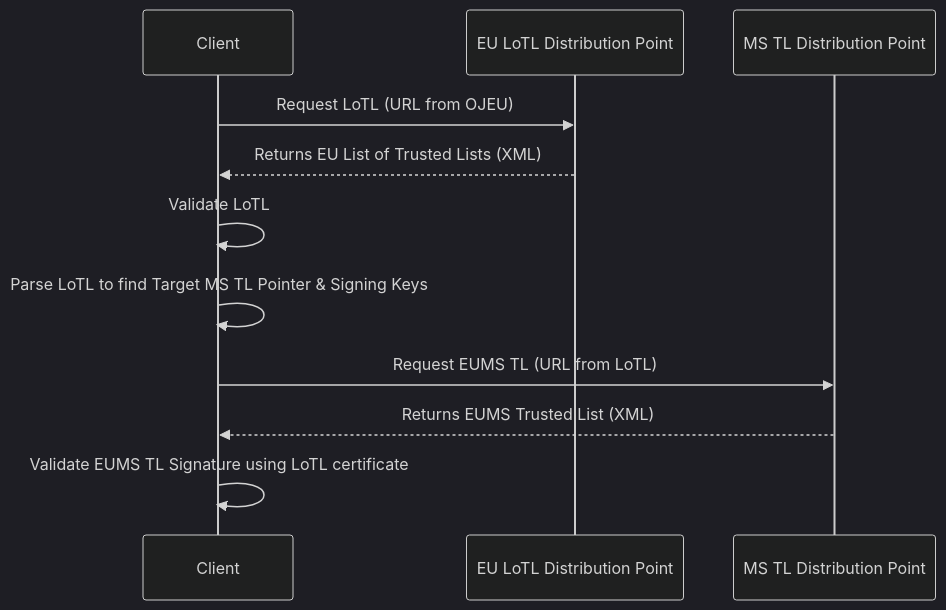
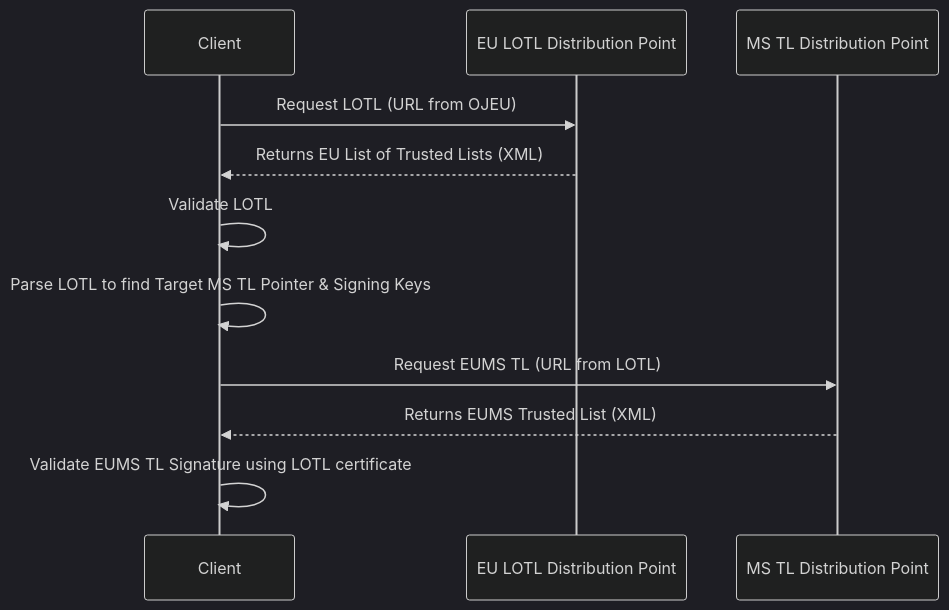
One commit to APTITUDE-Consortium/wp2-trust-specifications changed the third of 4 diagrams in docs/topics/trust-anchor-validation.md. Above: the diagram before and after it, drawn with Mermaid (dark theme). The commit also changed other lines of this file and 2 other files, not shown here.

Commit message:
Fix LoTE/LOTL inconsistencies

````diff
--- a/docs/topics/trust-anchor-validation.md
+++ b/docs/topics/trust-anchor-validation.md
@@ -167,15 +167,15 @@
 ```mermaid
 sequenceDiagram
     participant Client
-    participant EU_API as EU LoTL Distribution Point
+    participant EU_API as EU LOTL Distribution Point
     participant MS_Repo as MS TL Distribution Point
 
-    Client->>EU_API: Request LoTL (URL from OJEU) 
+    Client->>EU_API: Request LOTL (URL from OJEU) 
     EU_API-->>Client: Returns EU List of Trusted Lists (XML)
-    Client->>Client: Validate LoTL
-    Client->>Client: Parse LoTL to find Target MS TL Pointer & Signing Keys
+    Client->>Client: Validate LOTL
+    Client->>Client: Parse LOTL to find Target MS TL Pointer & Signing Keys
     
-    Client->>MS_Repo: Request EUMS TL (URL from LoTL)
+    Client->>MS_Repo: Request EUMS TL (URL from LOTL)
     MS_Repo-->>Client: Returns EUMS Trusted List (XML)
-    Client->>Client: Validate EUMS TL Signature using LoTL certificate
+    Client->>Client: Validate EUMS TL Signature using LOTL certificate
 ```
````
